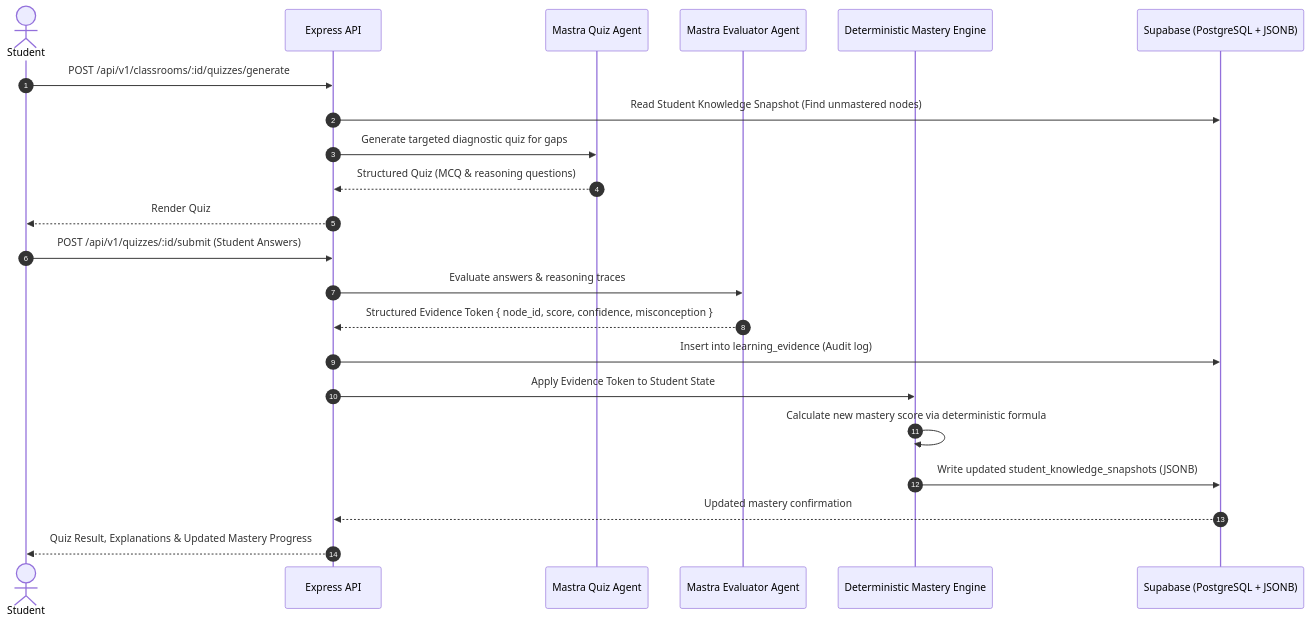
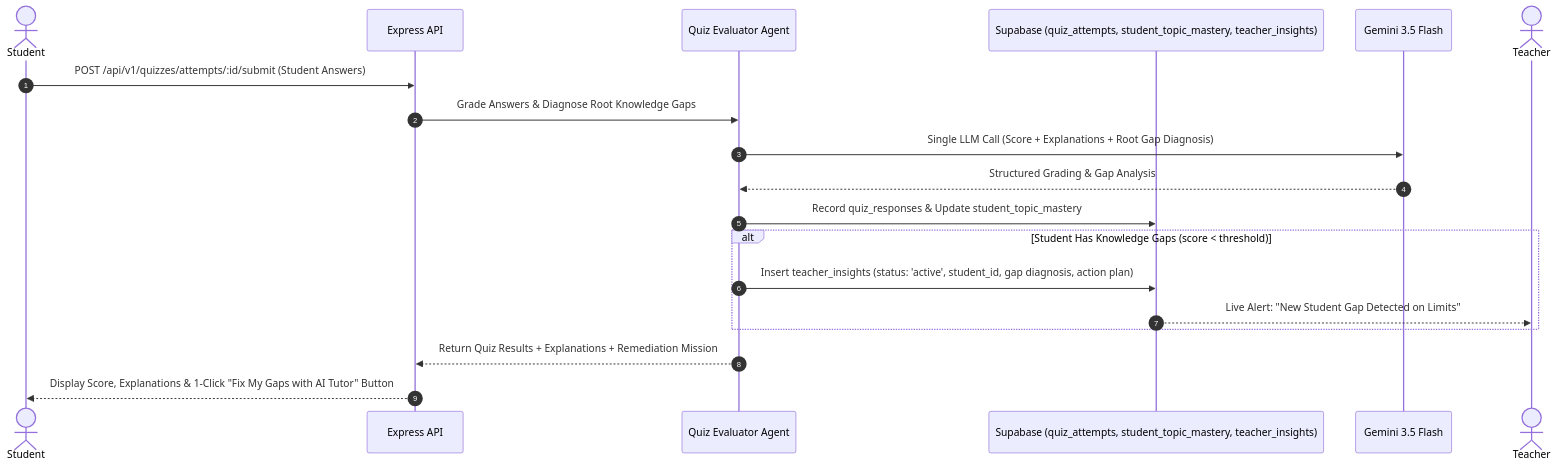
The third of 3 diagrams in docs/ARCHITECTURE.md (Srinanth/ThinkFirst), drawn with Mermaid before and after one commit. The commit also changed other lines of this file and 11 other files, not shown here.

Commit message:
feat(agents,tutor): implement collaborative gap diagnosis, interactive action widgets, and real-time teacher insights

````diff
--- a/docs/ARCHITECTURE.md
+++ b/docs/ARCHITECTURE.md
@@ -192,26 +197,22 @@
 ```mermaid
 sequenceDiagram
     autonumber
     actor Student
     participant API as Express API
-    participant QuizAgent as Mastra Quiz Agent
-    participant EvalAgent as Mastra Evaluator Agent
-    participant MasteryEngine as Deterministic Mastery Engine
-    participant DB as Supabase (PostgreSQL + JSONB)
+    participant EvalAgent as Quiz Evaluator Agent
+    participant DB as Supabase (quiz_attempts, student_topic_mastery, teacher_insights)
+    participant Gemini as Gemini 3.5 Flash
+    actor Teacher
 
-    Student->>API: POST /api/v1/classrooms/:id/quizzes/generate
-    API->>DB: Read Student Knowledge Snapshot (Find unmastered nodes)
-    API->>QuizAgent: Generate targeted diagnostic quiz for gaps
-    QuizAgent-->>API: Structured Quiz (MCQ & reasoning questions)
-    API-->>Student: Render Quiz
-
-    Student->>API: POST /api/v1/quizzes/:id/submit (Student Answers)
-    API->>EvalAgent: Evaluate answers & reasoning traces
-    EvalAgent-->>API: Structured Evidence Token { node_id, score, confidence, misconception }
-    API->>DB: Insert into learning_evidence (Audit log)
-    API->>MasteryEngine: Apply Evidence Token to Student State
-    MasteryEngine->>MasteryEngine: Calculate new mastery score via deterministic formula
-    MasteryEngine->>DB: Write updated student_knowledge_snapshots (JSONB)
-    DB-->>API: Updated mastery confirmation
-    API-->>Student: Quiz Result, Explanations & Updated Mastery Progress
+    Student->>API: POST /api/v1/quizzes/attempts/:id/submit (Student Answers)
+    API->>EvalAgent: Grade Answers & Diagnose Root Knowledge Gaps
+    EvalAgent->>Gemini: Single LLM Call (Score + Explanations + Root Gap Diagnosis)
+    Gemini-->>EvalAgent: Structured Grading & Gap Analysis
+    EvalAgent->>DB: Record quiz_responses & Update student_topic_mastery
+    alt Student Has Knowledge Gaps (score < threshold)
+        EvalAgent->>DB: Insert teacher_insights (status: 'active', student_id, gap diagnosis, action plan)
+        DB-->>Teacher: Live Alert: "New Student Gap Detected on Limits"
+    end
+    EvalAgent-->>API: Return Quiz Results + Explanations + Remediation Mission
+    API-->>Student: Display Score, Explanations & 1-Click "Fix My Gaps with AI Tutor" Button
 ```
````
